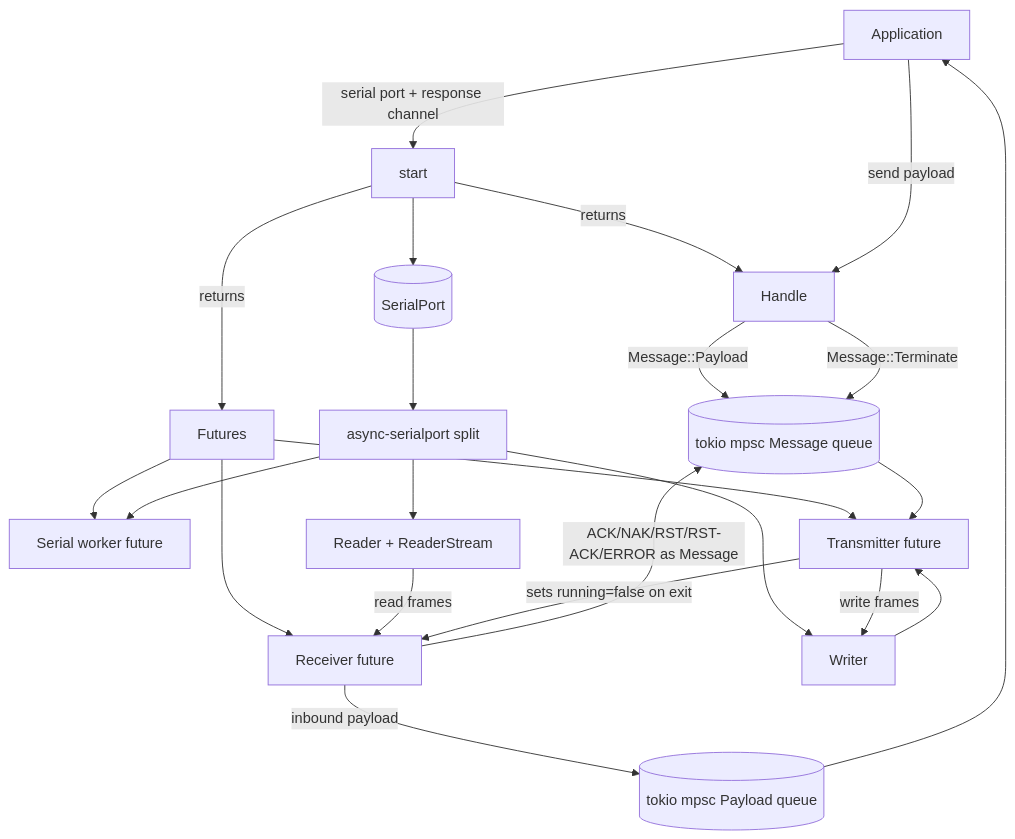
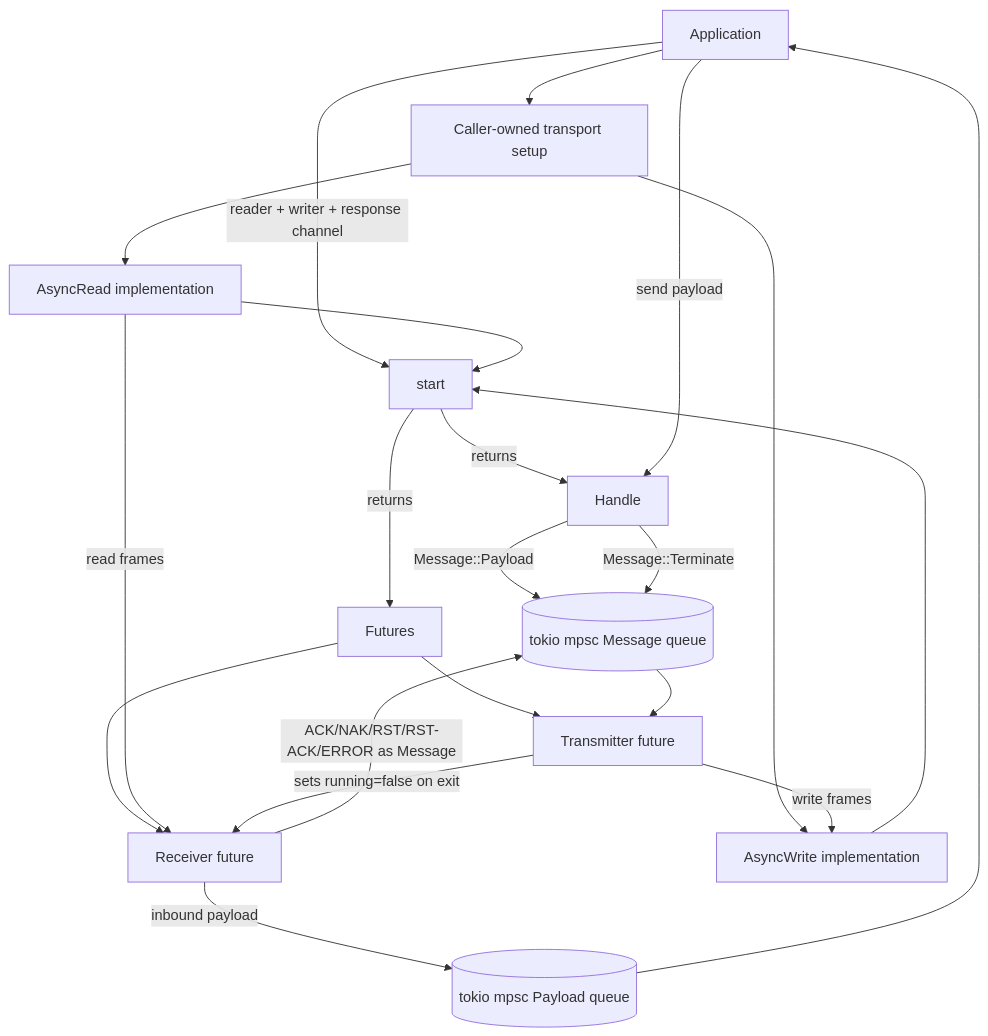
The first of 5 diagrams in ARCHITECTURE.md (PaulmannLighting/ashv2), drawn with Mermaid before and after one commit. The commit also changed other lines of this file and 8 other files, not shown here.

````diff
--- a/ARCHITECTURE.md
+++ b/ARCHITECTURE.md
@@ -22,39 +23,35 @@
 ```mermaid
 flowchart TD
     App[Application]
+    Transport[Caller-owned transport setup]
     Start[start]
     Handle[Handle]
     Futures[Futures]
-    Worker[Serial worker future]
     Tx[Transmitter future]
     Rx[Receiver future]
-    Split[async-serialport split]
-    Reader[Reader + ReaderStream]
-    Writer[Writer]
+    Reader[AsyncRead implementation]
+    Writer[AsyncWrite implementation]
     MsgQ[(tokio mpsc Message queue)]
     RespQ[(tokio mpsc Payload queue)]
-    Serial[(SerialPort)]
 
-    App -->|serial port + response channel| Start
+    App --> Transport
+    Transport --> Reader
+    Transport --> Writer
+    App -->|reader + writer + response channel| Start
+    Reader --> Start
+    Writer --> Start
     Start -->|returns| Handle
     Start -->|returns| Futures
-    Futures --> Worker
     Futures --> Tx
     Futures --> Rx
-    Start --> Serial
     App -->|send payload| Handle
-    Serial --> Split
-    Split --> Reader
-    Split --> Writer
-    Split --> Worker
     Handle -->|Message::Payload| MsgQ
     MsgQ --> Tx
-    Writer --> Tx
     Tx -->|write frames| Writer
     Reader -->|read frames| Rx
     Rx -->|inbound payload| RespQ
     RespQ --> App
     Rx -->|ACK/NAK/RST/RST-ACK/ERROR as Message| MsgQ
     Handle -->|Message::Terminate| MsgQ
     Tx -->|sets running=false on exit| Rx
 ```
````
